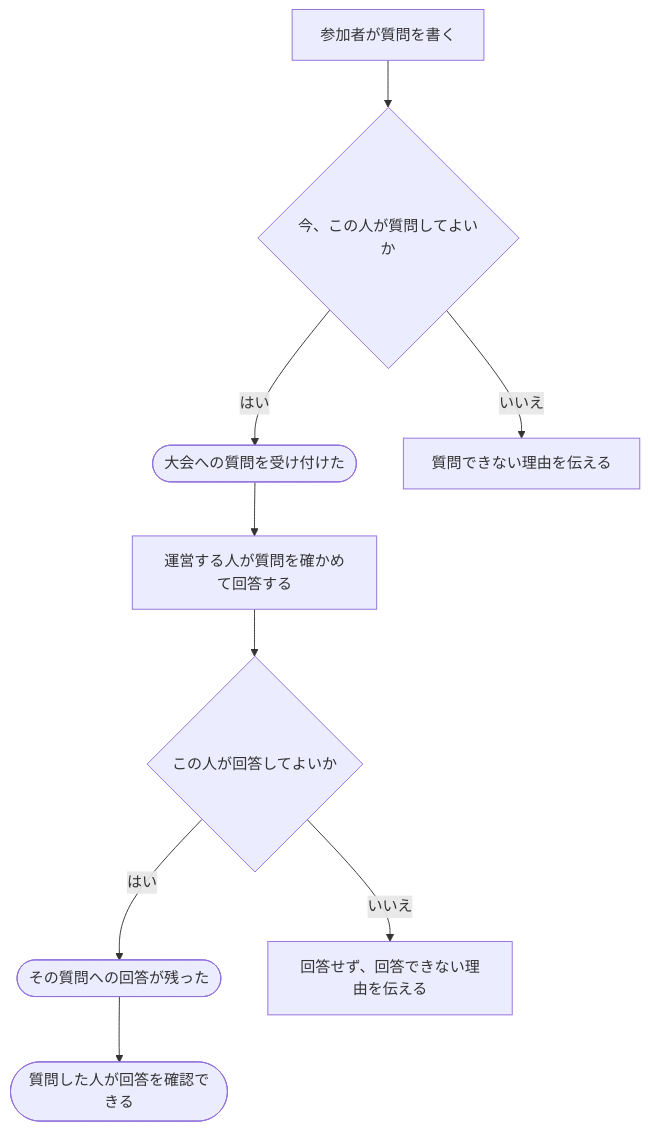
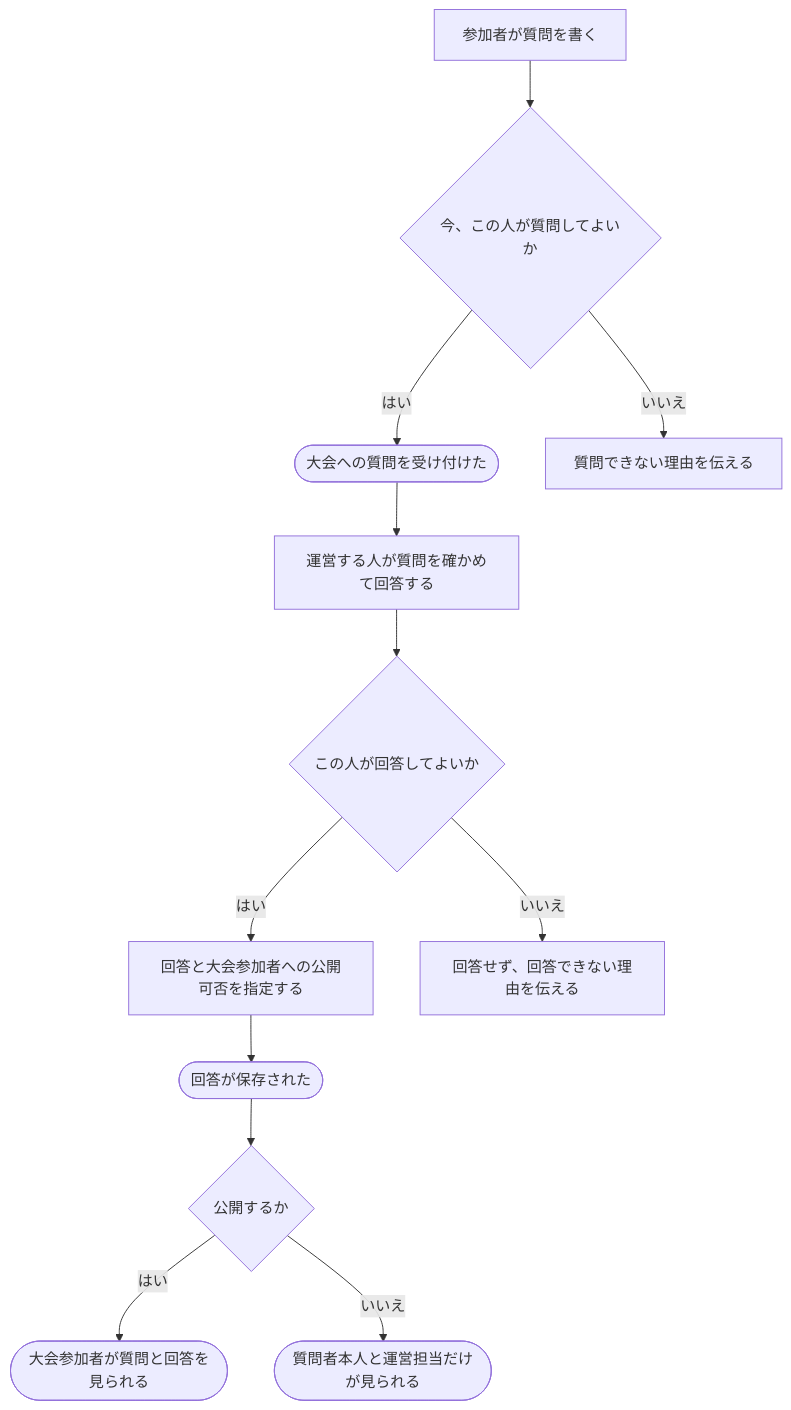
The diagram in docs/requirements/scenarios/contests/ask-and-answer.md (traP-jp/traOJudge), drawn with Mermaid before and after one commit. The commit also changed other lines of this file and 18 other files, not shown here.

````diff
--- a/docs/requirements/scenarios/contests/ask-and-answer.md
+++ b/docs/requirements/scenarios/contests/ask-and-answer.md
@@ -26,11 +38,14 @@
 ```mermaid
 flowchart TD
     A["参加者が質問を書く"] --> B{"今、この人が質問してよいか"}
     B -->|はい| C(["大会への質問を受け付けた"])
     C --> D["運営する人が質問を確かめて回答する"]
     D --> E{"この人が回答してよいか"}
-    E -->|はい| F(["その質問への回答が残った"])
-    F --> G(["質問した人が回答を確認できる"])
-    B -->|いいえ| H["質問できない理由を伝える"]
-    E -->|いいえ| I["回答せず、回答できない理由を伝える"]
+    E -->|はい| F["回答と大会参加者への公開可否を指定する"]
+    F --> G(["回答が保存された"])
+    G --> H{"公開するか"}
+    H -->|はい| I(["大会参加者が質問と回答を見られる"])
+    H -->|いいえ| J(["質問者本人と運営担当だけが見られる"])
+    B -->|いいえ| K["質問できない理由を伝える"]
+    E -->|いいえ| L["回答せず、回答できない理由を伝える"]
 ```
````
